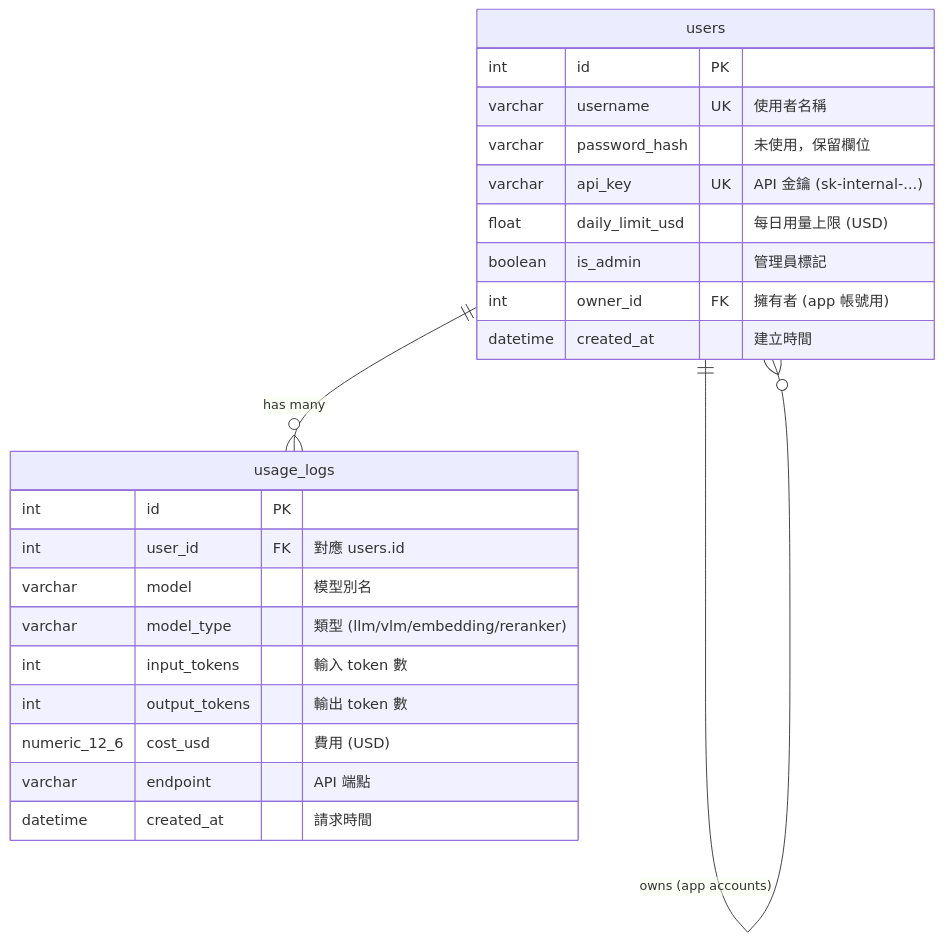
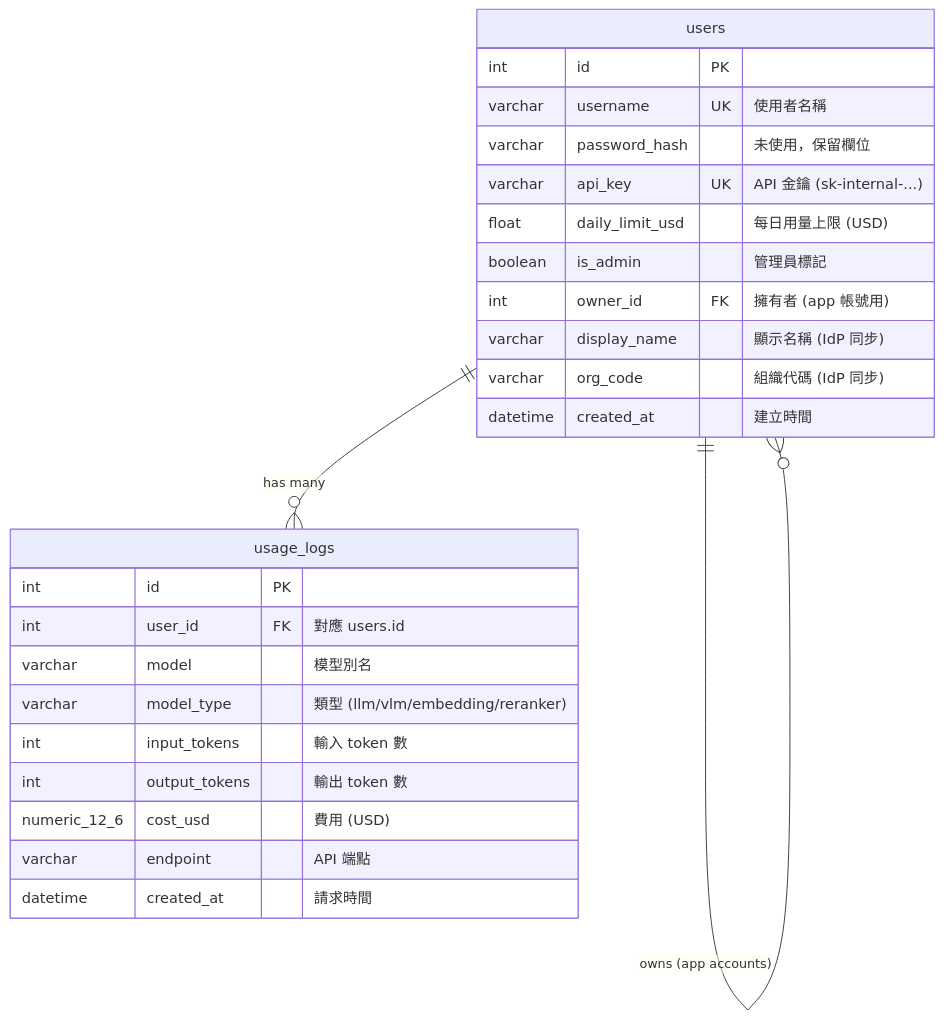
One commit to bwinken/llm-gateway changed the diagram in alembic/README.md. Above: the diagram before and after it, drawn with Mermaid. The commit also changed other lines of this file and 20 other files, not shown here.

````diff
--- a/alembic/README.md
+++ b/alembic/README.md
@@ -65,28 +67,30 @@
 ```mermaid
 erDiagram
     users {
         int id PK
         varchar username UK "使用者名稱"
         varchar password_hash "未使用，保留欄位"
         varchar api_key UK "API 金鑰 (sk-internal-...)"
         float daily_limit_usd "每日用量上限 (USD)"
         boolean is_admin "管理員標記"
         int owner_id FK "擁有者 (app 帳號用)"
+        varchar display_name "顯示名稱 (IdP 同步)"
+        varchar org_code "組織代碼 (IdP 同步)"
         datetime created_at "建立時間"
     }
 
     usage_logs {
         int id PK
         int user_id FK "對應 users.id"
         varchar model "模型別名"
         varchar model_type "類型 (llm/vlm/embedding/reranker)"
         int input_tokens "輸入 token 數"
         int output_tokens "輸出 token 數"
         numeric_12_6 cost_usd "費用 (USD)"
         varchar endpoint "API 端點"
         datetime created_at "請求時間"
     }
 
     users ||--o{ usage_logs : "has many"
     users ||--o{ users : "owns (app accounts)"
 ```
````
